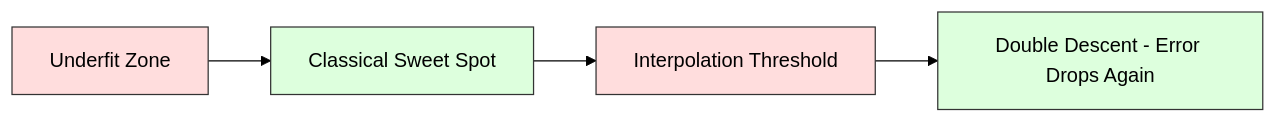
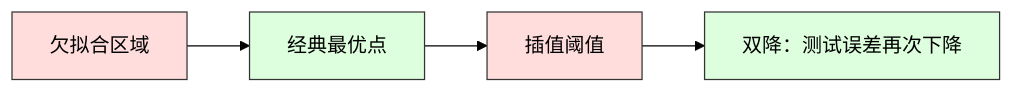
Before and after one commit to omigaZen/ai-engineering-from-scratch: the second of 5 diagrams in phases/02-ml-fundamentals/10-bias-variance/docs/zh.md, drawn with Mermaid (forest theme). The commit also changed other lines of this file, not shown here.

````diff
--- a/phases/02-ml-fundamentals/10-bias-variance/docs/zh.md
+++ b/phases/02-ml-fundamentals/10-bias-variance/docs/zh.md
@@ -130,11 +111,11 @@
 ```mermaid
 graph LR
-    A[Underfit Zone] --> B[Classical Sweet Spot]
-    B --> C[Interpolation Threshold]
-    C --> D[Double Descent - Error Drops Again]
+    A[欠拟合区域] --> B[经典最优点]
+    B --> C[插值阈值]
+    C --> D[双降：测试误差再次下降]
 
     style A fill:#fdd,stroke:#333
     style B fill:#dfd,stroke:#333
     style C fill:#fdd,stroke:#333
     style D fill:#dfd,stroke:#333
 ```
````
